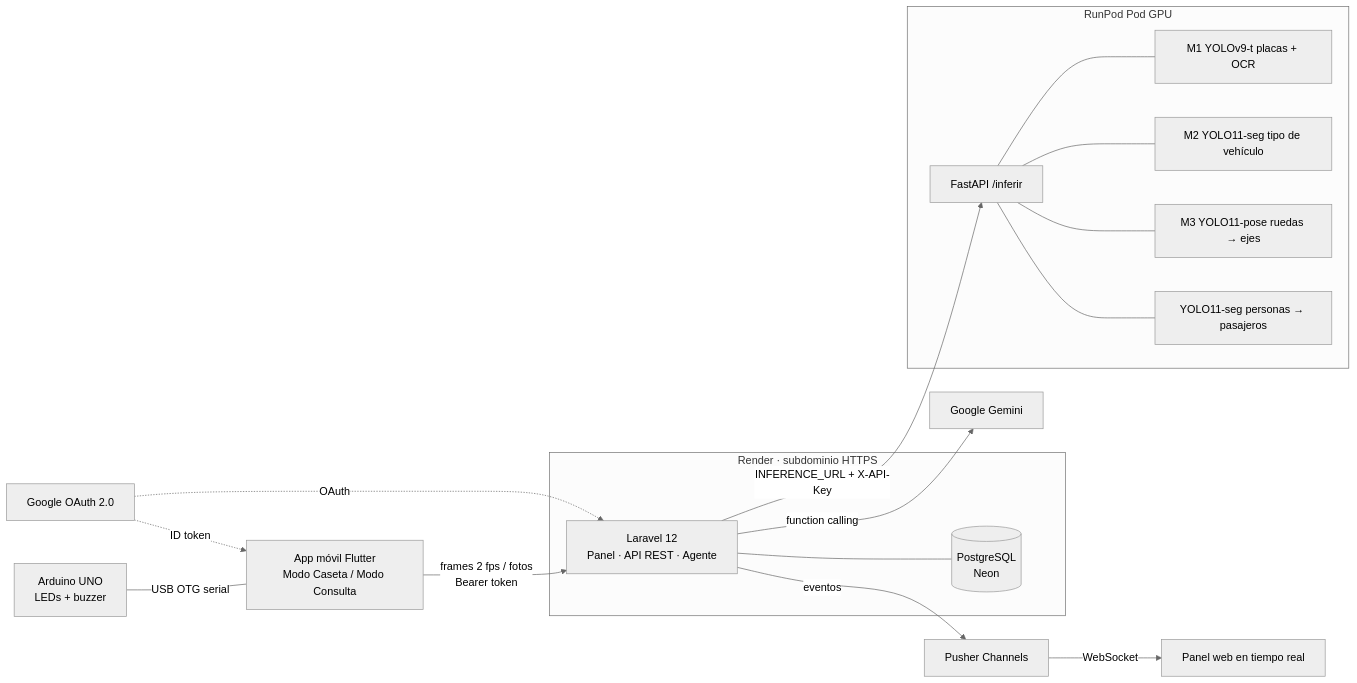
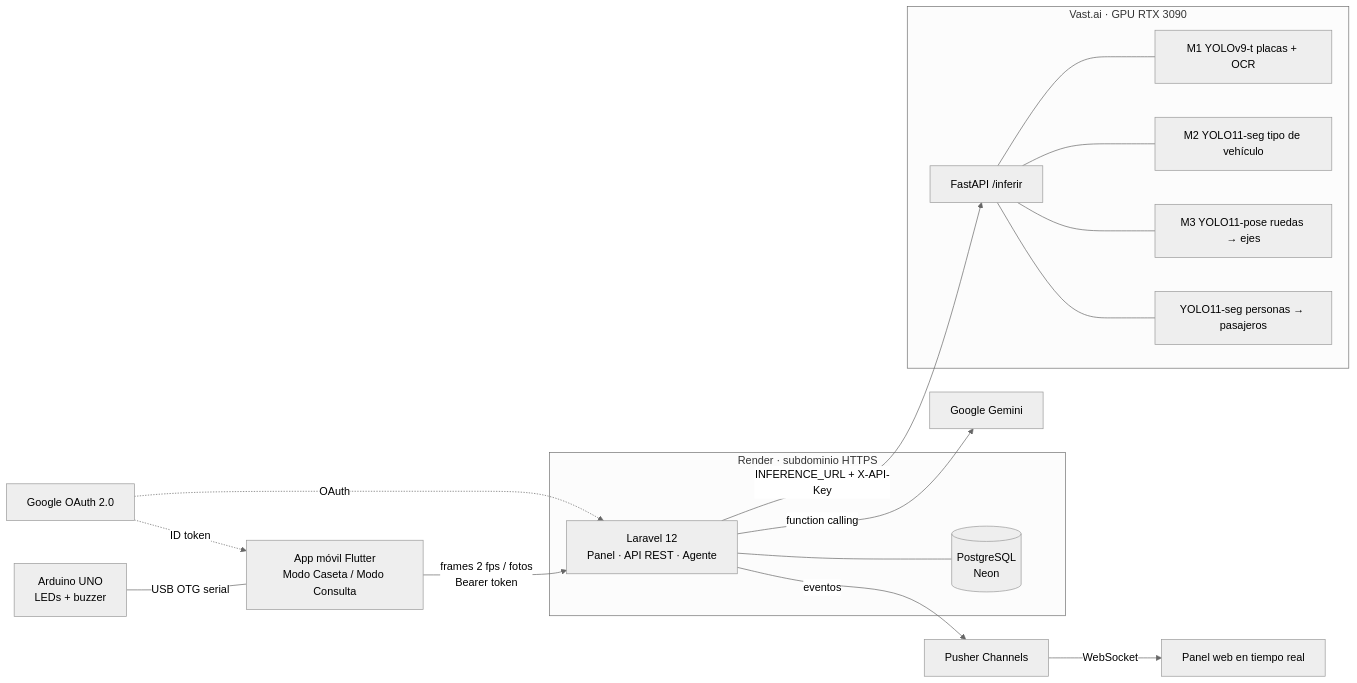
The diagram in README.md (MauleyArias/sistema_de_control_de_peaje), drawn with Mermaid (neutral theme) before and after one commit. The commit also changed other lines of this file and 9 other files, not shown here.

````diff
--- a/README.md
+++ b/README.md
@@ -26,24 +26,24 @@
 ```mermaid
 flowchart LR
     G[Google OAuth 2.0] -.ID token.-> APP
     G -.OAuth.-> WEB
     APP[App móvil Flutter<br/>Modo Caseta / Modo Consulta] -- frames 2 fps / fotos<br/>Bearer token --> WEB
     ARD[Arduino UNO<br/>LEDs + buzzer] -- USB OTG serial --- APP
     subgraph Render [Render · subdominio HTTPS]
       WEB[Laravel 12<br/>Panel · API REST · Agente]
       DB[(PostgreSQL<br/>Neon)]
       WEB --- DB
     end
     WEB -- eventos --> PUSH[Pusher Channels]
     PUSH -- WebSocket --> PANEL[Panel web en tiempo real]
     WEB -- function calling --> GEM[Google Gemini]
     WEB -- INFERENCE_URL + X-API-Key --> INF
-    subgraph RunPod [RunPod Pod GPU]
+    subgraph Vast [Vast.ai · GPU RTX 3090]
       INF[FastAPI /inferir]
       M1[M1 YOLOv9-t placas + OCR]
       M2[M2 YOLO11-seg tipo de vehículo]
       M3[M3 YOLO11-pose ruedas → ejes]
       M4[YOLO11-seg personas → pasajeros]
       INF --- M1 & M2 & M3 & M4
     end
 ```
````
